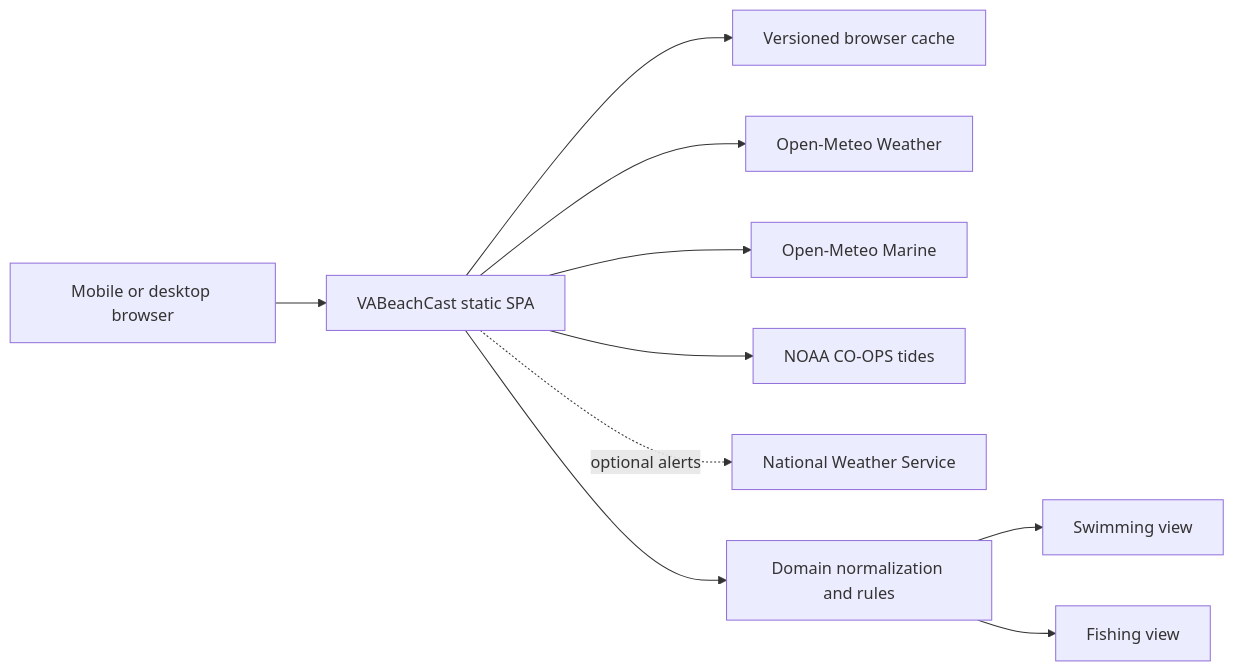
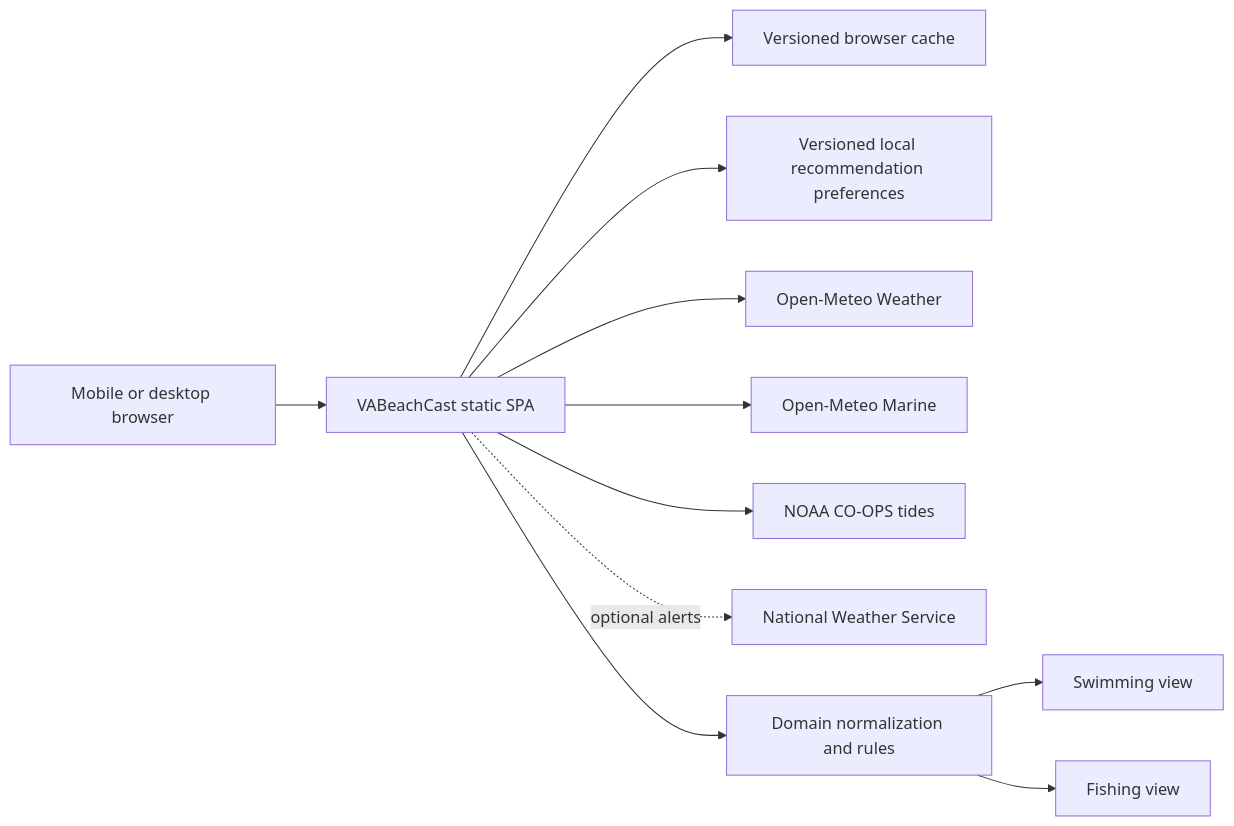
Before and after one commit to dimitryB/beachview: the first of 2 diagrams in TECHNICAL_ARCHITECTURE.md, drawn with Mermaid. The commit also changed other lines of this file and 29 other files, not shown here.

Commit message:
Add configurable recommendation preferences

````diff
--- a/TECHNICAL_ARCHITECTURE.md
+++ b/TECHNICAL_ARCHITECTURE.md
@@ -9,12 +9,13 @@
 ```mermaid
 flowchart LR
     U["Mobile or desktop browser"] --> APP["VABeachCast static SPA"]
     APP --> CACHE["Versioned browser cache"]
+    APP --> PREFS["Versioned local recommendation preferences"]
     APP --> W["Open-Meteo Weather"]
     APP --> M["Open-Meteo Marine"]
     APP --> T["NOAA CO-OPS tides"]
     APP -. "optional alerts" .-> N["National Weather Service"]
     APP --> D["Domain normalization and rules"]
     D --> S["Swimming view"]
     D --> F["Fishing view"]
 ```
````
